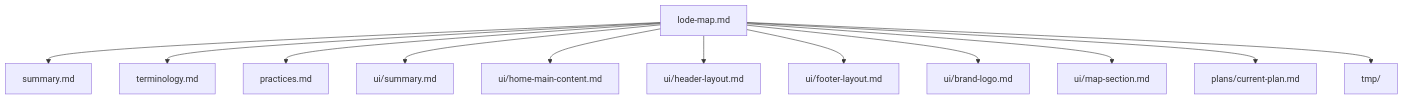
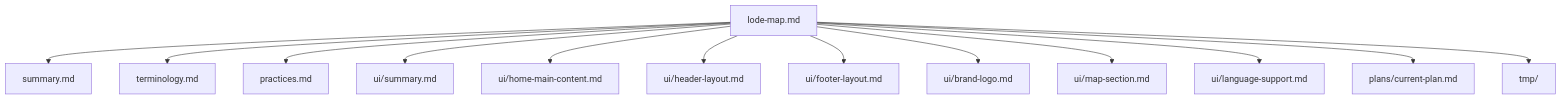
Before and after one commit to ipavic933-spec/website-pavic: the diagram in lode/lode-map.md, drawn with Mermaid. The commit also changed other lines of this file and 23 other files, not shown here.

````diff
--- a/lode/lode-map.md
+++ b/lode/lode-map.md
@@ -24,14 +25,15 @@
 ```mermaid
 graph TD
   LodeMap["lode-map.md"] --> Summary["summary.md"]
   LodeMap --> Terminology["terminology.md"]
   LodeMap --> Practices["practices.md"]
   LodeMap --> UiSummary["ui/summary.md"]
   LodeMap --> UiHomeMain["ui/home-main-content.md"]
   LodeMap --> UiHeader["ui/header-layout.md"]
   LodeMap --> UiFooter["ui/footer-layout.md"]
   LodeMap --> UiBrandLogo["ui/brand-logo.md"]
   LodeMap --> UiMap["ui/map-section.md"]
+  LodeMap --> UiLanguage["ui/language-support.md"]
   LodeMap --> Plans["plans/current-plan.md"]
   LodeMap --> Tmp["tmp/"]
 ```
````
